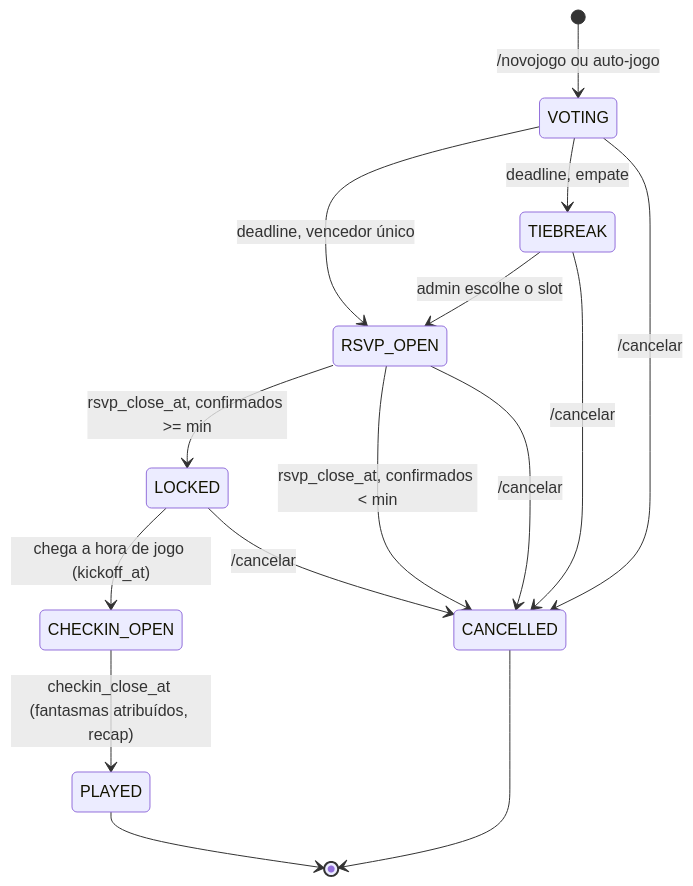
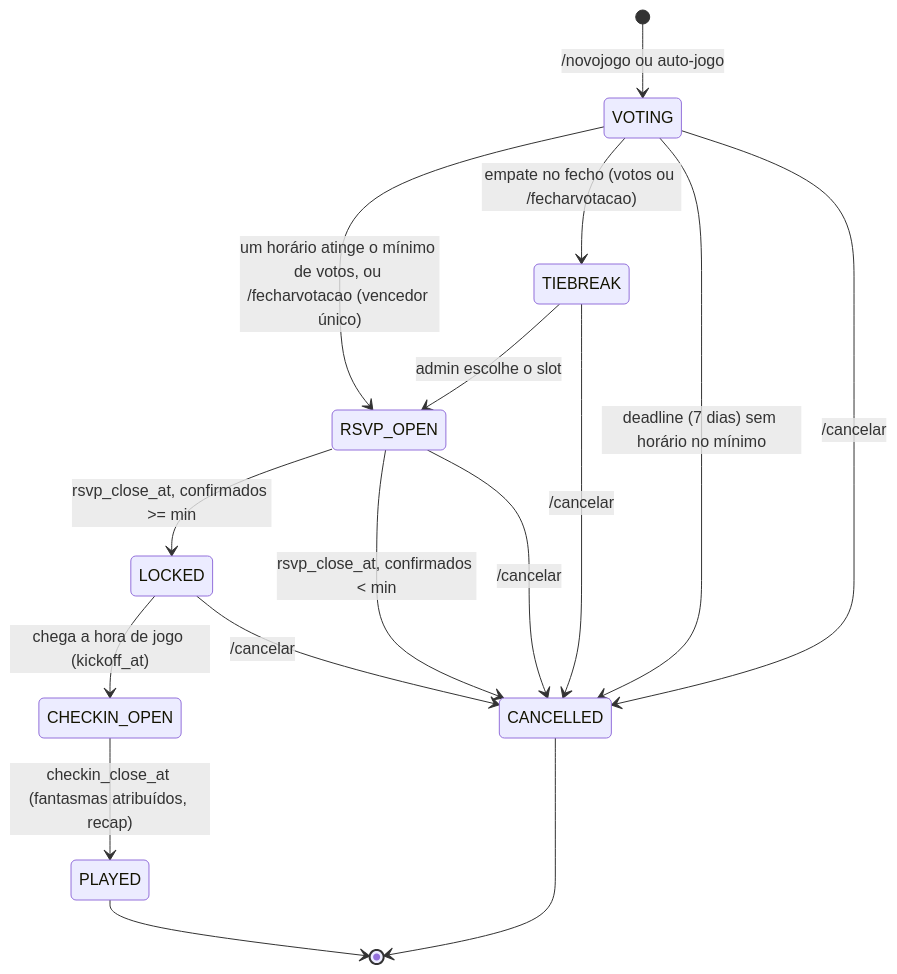
One commit to Telmo1337/FUTbol changed the first of 2 diagrams in docs/system-design.md. Above: the diagram before and after it, drawn with Mermaid. The commit also changed other lines of this file and 11 other files, not shown here.

First line of the commit message:
feat(votacao): sondagem fecha com 14 votos num horário; caso contrário cancela aos 7 dias e o cron relança

````diff
--- a/docs/system-design.md
+++ b/docs/system-design.md
@@ -14,17 +14,18 @@
 ```mermaid
 stateDiagram-v2
   [*] --> VOTING: /novojogo ou auto-jogo
-  VOTING --> RSVP_OPEN: deadline, vencedor único
-  VOTING --> TIEBREAK: deadline, empate
+  VOTING --> RSVP_OPEN: um horário atinge o mínimo de votos, ou /fecharvotacao (vencedor único)
+  VOTING --> TIEBREAK: empate no fecho (votos ou /fecharvotacao)
+  VOTING --> CANCELLED: deadline (7 dias) sem horário no mínimo
   TIEBREAK --> RSVP_OPEN: admin escolhe o slot
   RSVP_OPEN --> LOCKED: rsvp_close_at, confirmados >= min
   RSVP_OPEN --> CANCELLED: rsvp_close_at, confirmados < min
   LOCKED --> CHECKIN_OPEN: chega a hora de jogo (kickoff_at)
   CHECKIN_OPEN --> PLAYED: checkin_close_at (fantasmas atribuídos, recap)
   VOTING --> CANCELLED: /cancelar
   TIEBREAK --> CANCELLED: /cancelar
   RSVP_OPEN --> CANCELLED: /cancelar
   LOCKED --> CANCELLED: /cancelar
   PLAYED --> [*]
   CANCELLED --> [*]
 ```
````
